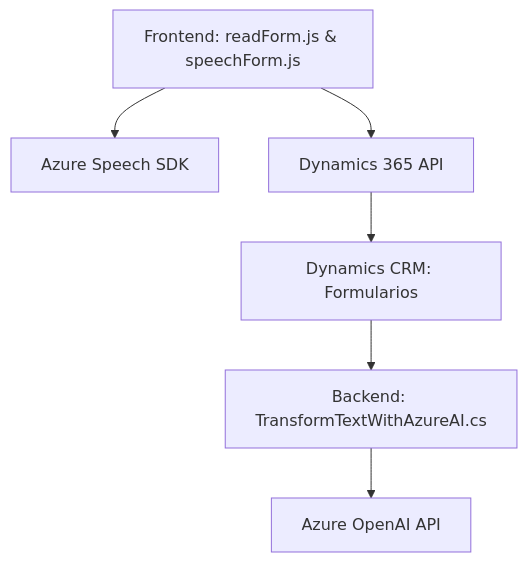
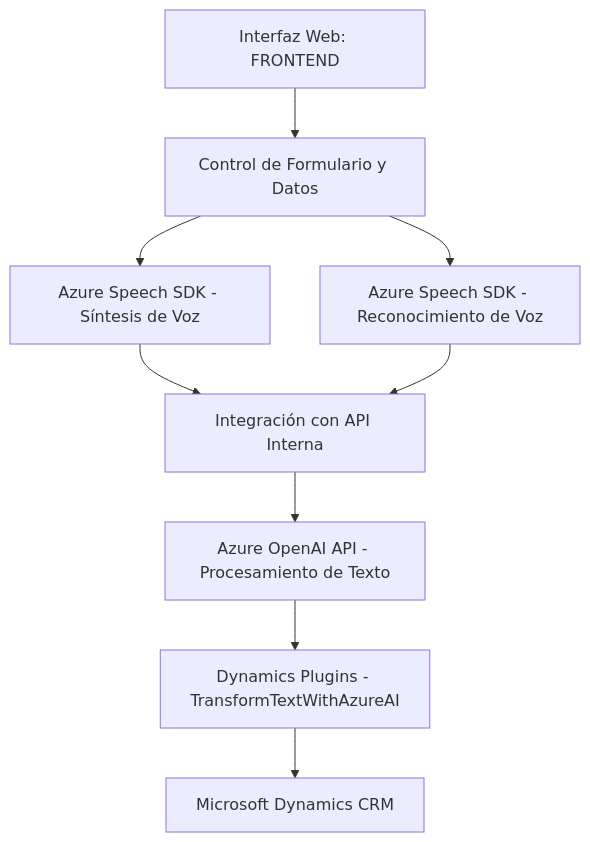
The diagram in README.md (blopezdm/NETCORE_BILBAO2025), drawn with Mermaid before and after one commit. The commit also changed other lines of this file, not shown here.

Commit message:
Actualizar análisis global de la solución con IA

````diff
--- a/README.md
+++ b/README.md
@@ -53,8 +43,11 @@
 ```mermaid
 graph TD
-    A["Frontend: readForm.js & speechForm.js"] --> B["Azure Speech SDK"]
-    A --> C["Dynamics 365 API"]
-    C --> F["Dynamics CRM: Formularios"]
-    D["Backend: TransformTextWithAzureAI.cs"] --> E["Azure OpenAI API"]
-    F --> D
+A["Interfaz Web: FRONTEND"] --> B["Control de Formulario y Datos"]
+B --> C["Azure Speech SDK - Síntesis de Voz"]
+B --> D["Azure Speech SDK - Reconocimiento de Voz"]
+C --> E["Integración con API Interna"]
+D --> E
+E --> F["Azure OpenAI API - Procesamiento de Texto"]
+F --> G["Dynamics Plugins - TransformTextWithAzureAI"]
+G --> H["Microsoft Dynamics CRM"]
 ```
````
